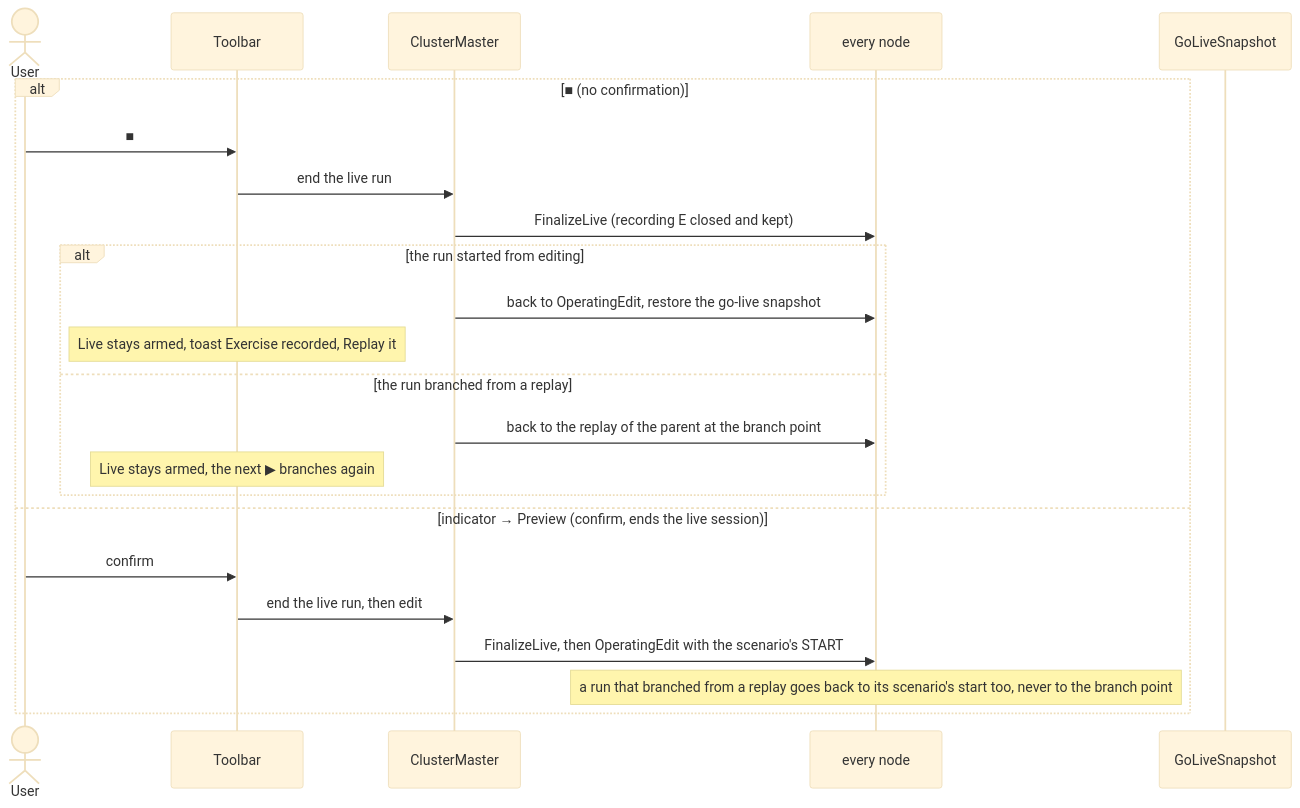
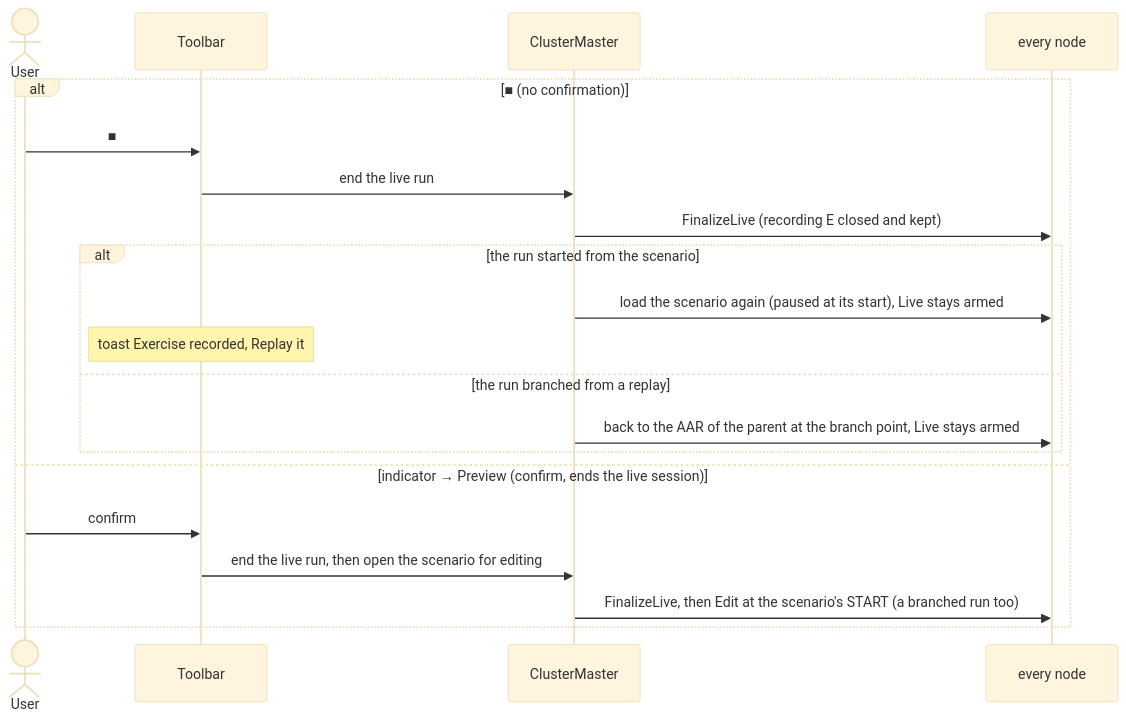
One commit to pjanec/HROT changed the fourth of 5 diagrams in docs/blueprints/Architect_Question_108_Run_Mode_Picker.md. Above: the diagram before and after it, drawn with Mermaid (base theme). The commit also changed other lines of this file and 4 other files, not shown here.

````diff
--- a/docs/blueprints/Architect_Question_108_Run_Mode_Picker.md
+++ b/docs/blueprints/Architect_Question_108_Run_Mode_Picker.md
@@ -199,25 +197,22 @@
 ```mermaid
 sequenceDiagram
   actor U as User
   participant T as Toolbar
   participant M as ClusterMaster
   participant N as every node
-  participant P as GoLiveSnapshot
   alt ■ (no confirmation)
     U->>T: ■
     T->>M: end the live run
     M->>N: FinalizeLive (recording E closed and kept)
-    alt the run started from editing
-      M->>N: back to OperatingEdit, restore the go-live snapshot
-      Note over T: Live stays armed, toast Exercise recorded, Replay it
+    alt the run started from the scenario
+      M->>N: load the scenario again (paused at its start), Live stays armed
+      Note over T: toast Exercise recorded, Replay it
     else the run branched from a replay
-      M->>N: back to the replay of the parent at the branch point
-      Note over T: Live stays armed, the next ▶ branches again
+      M->>N: back to the AAR of the parent at the branch point, Live stays armed
     end
   else indicator → Preview (confirm, ends the live session)
     U->>T: confirm
-    T->>M: end the live run, then edit
-    M->>N: FinalizeLive, then OperatingEdit with the scenario's START
-    Note over N: a run that branched from a replay goes back to its scenario's start too, never to the branch point
+    T->>M: end the live run, then open the scenario for editing
+    M->>N: FinalizeLive, then Edit at the scenario's START (a branched run too)
   end
 ```
````
